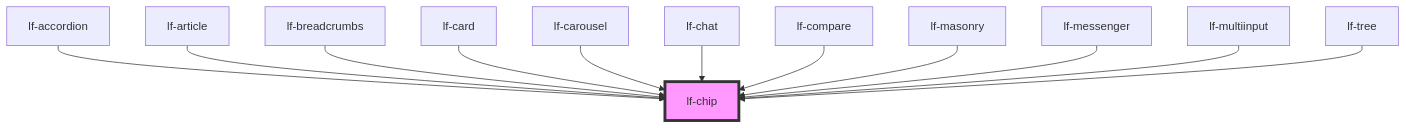
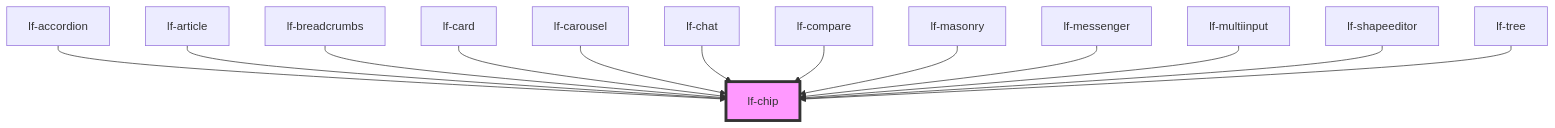
Before and after one commit to lucafoscili/lf-widgets: the diagram in packages/core/src/components/lf-chip/readme.md, drawn with Mermaid. The commit also changed other lines of this file and 27 other files, not shown here.

````diff
--- a/packages/core/src/components/lf-chip/readme.md
+++ b/packages/core/src/components/lf-chip/readme.md
@@ -153,15 +154,16 @@
 ```mermaid
 graph TD;
   lf-accordion --> lf-chip
   lf-article --> lf-chip
   lf-breadcrumbs --> lf-chip
   lf-card --> lf-chip
   lf-carousel --> lf-chip
   lf-chat --> lf-chip
   lf-compare --> lf-chip
   lf-masonry --> lf-chip
   lf-messenger --> lf-chip
   lf-multiinput --> lf-chip
+  lf-shapeeditor --> lf-chip
   lf-tree --> lf-chip
   style lf-chip fill:#f9f,stroke:#333,stroke-width:4px
 ```
````
